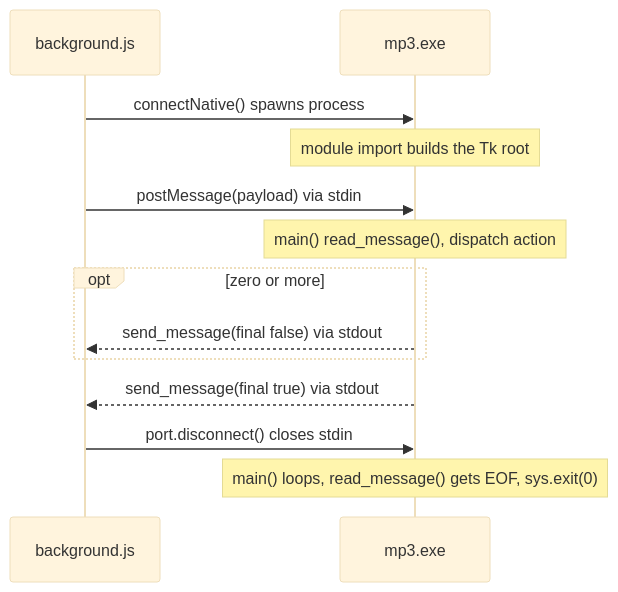
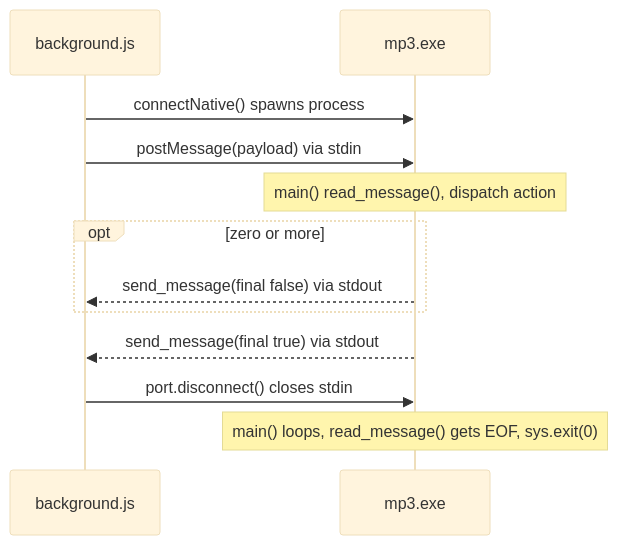
The third of 18 diagrams in ARCHITECTURE.md (martin-iflap/YT-MP3-Downloader), drawn with Mermaid (base theme) before and after one commit. The commit also changed other lines of this file and 11 other files, not shown here.

````diff
--- a/ARCHITECTURE.md
+++ b/ARCHITECTURE.md
@@ -165,16 +165,15 @@
 ```mermaid
 sequenceDiagram
     participant BG as background.js
     participant H as mp3.exe
 
     BG->>H: connectNative() spawns process
-    Note over H: module import builds the Tk root
     BG->>H: postMessage(payload) via stdin
     Note over H: main() read_message(), dispatch action
     opt zero or more
         H-->>BG: send_message(final false) via stdout
     end
     H-->>BG: send_message(final true) via stdout
     BG->>H: port.disconnect() closes stdin
     Note over H: main() loops, read_message() gets EOF, sys.exit(0)
 ```
````
